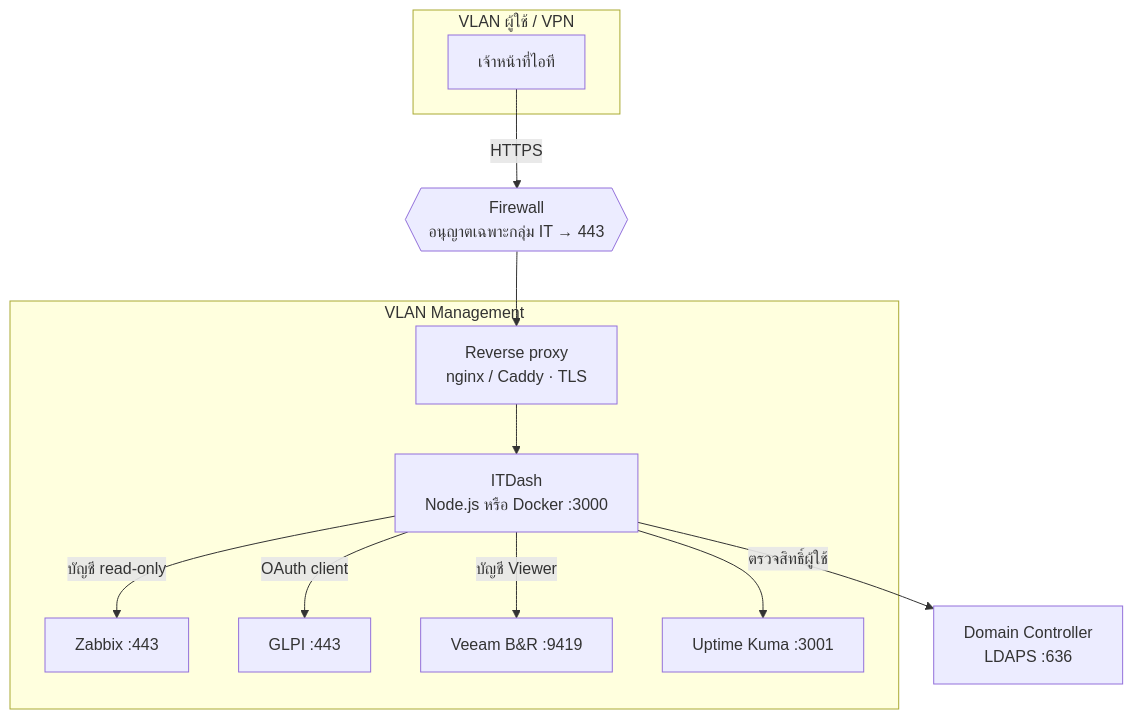
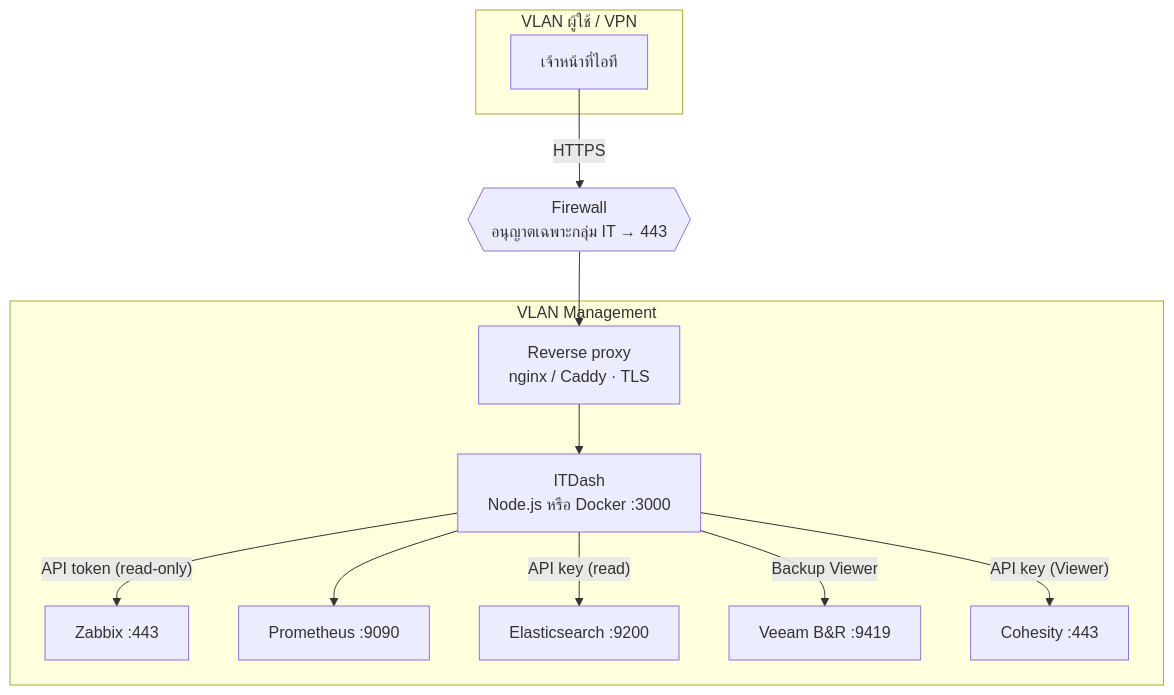
Before and after one commit to alohabyu/ITDash: the fifth of 6 diagrams in docs/ARCHITECTURE.md, drawn with Mermaid. The commit also changed other lines of this file and 33 other files, not shown here.

First line of the commit message:
Connect Zabbix, Prometheus, Elasticsearch, Veeam and Cohesity

````diff
--- a/docs/ARCHITECTURE.md
+++ b/docs/ARCHITECTURE.md
@@ -117,26 +136,25 @@
 ```mermaid
 flowchart TB
   subgraph UV["VLAN ผู้ใช้ / VPN"]
     IT["เจ้าหน้าที่ไอที"]
   end
 
   FW{{"Firewall<br/>อนุญาตเฉพาะกลุ่ม IT → 443"}}
 
   subgraph MG["VLAN Management"]
     RP["Reverse proxy<br/>nginx / Caddy · TLS"]
     DASH["ITDash<br/>Node.js หรือ Docker :3000"]
     ZBX["Zabbix :443"]
-    GLPI["GLPI :443"]
-    VEEAM["Veeam B&R :9419"]
-    KUMA["Uptime Kuma :3001"]
+    PROM["Prometheus :9090"]
+    ES["Elasticsearch :9200"]
+    VBR["Veeam B&R :9419"]
+    COH["Cohesity :443"]
   end
 
-  DC["Domain Controller<br/>LDAPS :636"]
-
   IT -- "HTTPS" --> FW --> RP --> DASH
-  DASH -- "บัญชี read-only" --> ZBX
-  DASH -- "OAuth client" --> GLPI
-  DASH -- "บัญชี Viewer" --> VEEAM
-  DASH --> KUMA
-  DASH -- "ตรวจสิทธิ์ผู้ใช้" --> DC
+  DASH -- "API token (read-only)" --> ZBX
+  DASH --> PROM
+  DASH -- "API key (read)" --> ES
+  DASH -- "Backup Viewer" --> VBR
+  DASH -- "API key (Viewer)" --> COH
 ```
````
